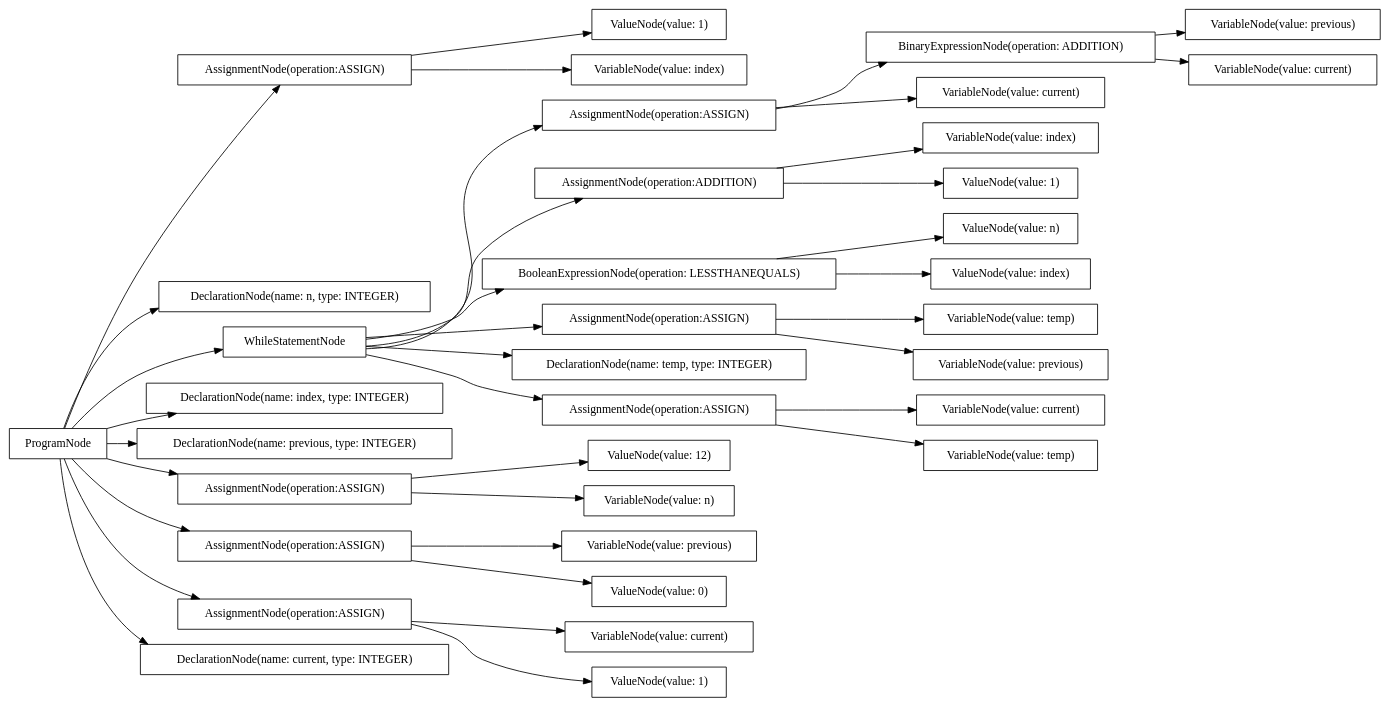
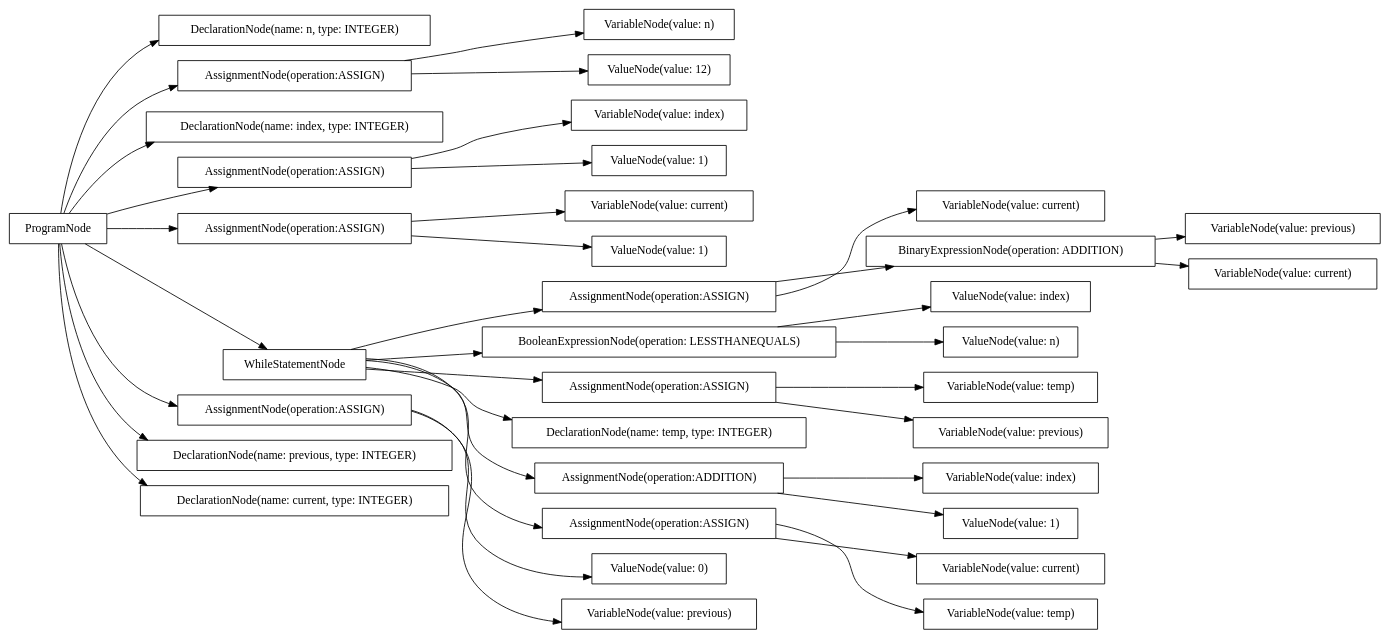
The diagram in src/output/dot/fibonacci.dot (AtLeastITry/ANTLR-Python-Compiler), drawn with Graphviz before and after one commit. The commit also changed 18 other files, not shown here.

```diff
--- a/src/output/dot/fibonacci.dot
+++ b/src/output/dot/fibonacci.dot
@@ -1,74 +1,74 @@
 digraph G {
 rankdir=LR
-"a782045f-8ade-422a-84f0-91fb2b377057" [label="VariableNode(value: previous)" shape="box"];
-"9d80afb1-e9e6-451f-a756-a2f2968d3a22" [label="ValueNode(value: 12)" shape="box"];
-"8976d468-3d97-4fe8-bac7-e51e415173aa" [label="VariableNode(value: temp)" shape="box"];
-"989fcb48-b2a4-4258-a88a-957f0da41b7d" [label="VariableNode(value: index)" shape="box"];
-"9b0aa776-e1fa-4725-b753-873c97c15bc4" [label="AssignmentNode(operation:ASSIGN)" shape="box"];
-"7ec26122-079c-4a84-bb9c-f1de2d9466e4" [label="VariableNode(value: current)" shape="box"];
-"deb787a3-f2da-41b5-8ac9-28fb5d43b041" [label="BinaryExpressionNode(operation: ADDITION)" shape="box"];
-"af267fc0-f258-414d-ae7b-e390f4560203" [label="DeclarationNode(name: n, type: INTEGER)" shape="box"];
-"7dc3403e-1b59-441c-bfde-d8d450ae8e51" [label="WhileStatementNode" shape="box"];
-"9f2d1028-1aaf-4382-94a4-e57ca9ff44c0" [label="DeclarationNode(name: index, type: INTEGER)" shape="box"];
-"deac5ea1-f1db-4ada-8c47-d6ff182c400a" [label="DeclarationNode(name: previous, type: INTEGER)" shape="box"];
-"5f191c44-ed5b-49bc-b8f3-d53be9e7fd01" [label="VariableNode(value: previous)" shape="box"];
-"b34c7212-17ca-4337-bf73-ef418fd881dd" [label="AssignmentNode(operation:ASSIGN)" shape="box"];
-"41b85629-b1bd-4b4b-aab6-442b084e926d" [label="AssignmentNode(operation:ASSIGN)" shape="box"];
-"cf2aa847-4797-4619-a8de-b63b69fa23a6" [label="AssignmentNode(operation:ADDITION)" shape="box"];
-"37e3d938-c433-45c4-90f5-4d5fede14fbc" [label="AssignmentNode(operation:ASSIGN)" shape="box"];
-"4d382f9c-377a-41f3-a895-77bbe71dd802" [label="ValueNode(value: 1)" shape="box"];
-"cf7e003a-d177-4484-a8b8-c8d8e013e498" [label="ValueNode(value: 1)" shape="box"];
-"1303f158-e938-4c2f-aec5-c8e739f0d303" [label="VariableNode(value: current)" shape="box"];
-"eea2bed4-6ee4-4328-9a10-15e11c6d2239" [label="ProgramNode" shape="box"];
-"5de5f4fe-2865-486e-a3a5-67e813aa1f97" [label="BooleanExpressionNode(operation: LESSTHANEQUALS)" shape="box"];
-"5a0e3dab-d669-4fcb-978b-033d4c994ec0" [label="AssignmentNode(operation:ASSIGN)" shape="box"];
-"633334d5-5ae0-4cc9-b192-96011665c0d1" [label="ValueNode(value: n)" shape="box"];
-"35f7bc92-029a-41aa-a35a-845d0c7eb185" [label="AssignmentNode(operation:ASSIGN)" shape="box"];
-"9664b419-d7fc-4084-b02a-edd58a908a46" [label="VariableNode(value: current)" shape="box"];
-"458ebe1b-c84f-4107-9ecc-91ac93732c3c" [label="ValueNode(value: 1)" shape="box"];
-"c1e67bfa-8c0e-4054-8643-24a624443194" [label="VariableNode(value: n)" shape="box"];
-"e77bacca-dc97-4f02-9714-642478c61e25" [label="VariableNode(value: current)" shape="box"];
-"704025a3-7d8e-4f21-9a0e-356e48f89a2d" [label="ValueNode(value: index)" shape="box"];
-"d44343cf-8d1b-486a-b995-dbbe5127bdc8" [label="VariableNode(value: previous)" shape="box"];
-"017b7ae7-3d3e-4eb1-949f-aa1f0f23974a" [label="ValueNode(value: 0)" shape="box"];
-"d3c34f67-fa2a-4b98-983b-41da2cc3d98f" [label="DeclarationNode(name: current, type: INTEGER)" shape="box"];
-"1981b534-12c6-4e62-9f8e-37e8bdda66d1" [label="VariableNode(value: index)" shape="box"];
-"cb898b26-d241-4b2f-bf59-34af32b1d7fa" [label="DeclarationNode(name: temp, type: INTEGER)" shape="box"];
-"3b176ae3-114b-4e5b-a9d5-4e71f2beacc3" [label="AssignmentNode(operation:ASSIGN)" shape="box"];
-"c03fd829-8f87-49ee-bd1e-b95db3862407" [label="VariableNode(value: temp)" shape="box"];
-"eea2bed4-6ee4-4328-9a10-15e11c6d2239" -> "af267fc0-f258-414d-ae7b-e390f4560203";
-"eea2bed4-6ee4-4328-9a10-15e11c6d2239" -> "deac5ea1-f1db-4ada-8c47-d6ff182c400a";
-"eea2bed4-6ee4-4328-9a10-15e11c6d2239" -> "d3c34f67-fa2a-4b98-983b-41da2cc3d98f";
-"eea2bed4-6ee4-4328-9a10-15e11c6d2239" -> "9f2d1028-1aaf-4382-94a4-e57ca9ff44c0";
-"eea2bed4-6ee4-4328-9a10-15e11c6d2239" -> "41b85629-b1bd-4b4b-aab6-442b084e926d";
-"41b85629-b1bd-4b4b-aab6-442b084e926d" -> "c1e67bfa-8c0e-4054-8643-24a624443194";
-"41b85629-b1bd-4b4b-aab6-442b084e926d" -> "9d80afb1-e9e6-451f-a756-a2f2968d3a22";
-"eea2bed4-6ee4-4328-9a10-15e11c6d2239" -> "37e3d938-c433-45c4-90f5-4d5fede14fbc";
-"37e3d938-c433-45c4-90f5-4d5fede14fbc" -> "5f191c44-ed5b-49bc-b8f3-d53be9e7fd01";
-"37e3d938-c433-45c4-90f5-4d5fede14fbc" -> "017b7ae7-3d3e-4eb1-949f-aa1f0f23974a";
-"eea2bed4-6ee4-4328-9a10-15e11c6d2239" -> "5a0e3dab-d669-4fcb-978b-033d4c994ec0";
-"5a0e3dab-d669-4fcb-978b-033d4c994ec0" -> "9664b419-d7fc-4084-b02a-edd58a908a46";
-"5a0e3dab-d669-4fcb-978b-033d4c994ec0" -> "458ebe1b-c84f-4107-9ecc-91ac93732c3c";
-"eea2bed4-6ee4-4328-9a10-15e11c6d2239" -> "9b0aa776-e1fa-4725-b753-873c97c15bc4";
-"9b0aa776-e1fa-4725-b753-873c97c15bc4" -> "1981b534-12c6-4e62-9f8e-37e8bdda66d1";
-"9b0aa776-e1fa-4725-b753-873c97c15bc4" -> "4d382f9c-377a-41f3-a895-77bbe71dd802";
-"eea2bed4-6ee4-4328-9a10-15e11c6d2239" -> "7dc3403e-1b59-441c-bfde-d8d450ae8e51";
-"7dc3403e-1b59-441c-bfde-d8d450ae8e51" -> "5de5f4fe-2865-486e-a3a5-67e813aa1f97";
-"5de5f4fe-2865-486e-a3a5-67e813aa1f97" -> "704025a3-7d8e-4f21-9a0e-356e48f89a2d";
-"5de5f4fe-2865-486e-a3a5-67e813aa1f97" -> "633334d5-5ae0-4cc9-b192-96011665c0d1";
-"7dc3403e-1b59-441c-bfde-d8d450ae8e51" -> "cb898b26-d241-4b2f-bf59-34af32b1d7fa";
-"7dc3403e-1b59-441c-bfde-d8d450ae8e51" -> "3b176ae3-114b-4e5b-a9d5-4e71f2beacc3";
-"3b176ae3-114b-4e5b-a9d5-4e71f2beacc3" -> "c03fd829-8f87-49ee-bd1e-b95db3862407";
-"3b176ae3-114b-4e5b-a9d5-4e71f2beacc3" -> "1303f158-e938-4c2f-aec5-c8e739f0d303";
-"7dc3403e-1b59-441c-bfde-d8d450ae8e51" -> "b34c7212-17ca-4337-bf73-ef418fd881dd";
-"b34c7212-17ca-4337-bf73-ef418fd881dd" -> "e77bacca-dc97-4f02-9714-642478c61e25";
-"b34c7212-17ca-4337-bf73-ef418fd881dd" -> "deb787a3-f2da-41b5-8ac9-28fb5d43b041";
-"deb787a3-f2da-41b5-8ac9-28fb5d43b041" -> "7ec26122-079c-4a84-bb9c-f1de2d9466e4";
-"deb787a3-f2da-41b5-8ac9-28fb5d43b041" -> "a782045f-8ade-422a-84f0-91fb2b377057";
-"7dc3403e-1b59-441c-bfde-d8d450ae8e51" -> "35f7bc92-029a-41aa-a35a-845d0c7eb185";
-"35f7bc92-029a-41aa-a35a-845d0c7eb185" -> "d44343cf-8d1b-486a-b995-dbbe5127bdc8";
-"35f7bc92-029a-41aa-a35a-845d0c7eb185" -> "8976d468-3d97-4fe8-bac7-e51e415173aa";
-"7dc3403e-1b59-441c-bfde-d8d450ae8e51" -> "cf2aa847-4797-4619-a8de-b63b69fa23a6";
-"cf2aa847-4797-4619-a8de-b63b69fa23a6" -> "989fcb48-b2a4-4258-a88a-957f0da41b7d";
-"cf2aa847-4797-4619-a8de-b63b69fa23a6" -> "cf7e003a-d177-4484-a8b8-c8d8e013e498";
+"f2e39981-f69d-4eca-b578-487d6be4f615" [label="DeclarationNode(name: n, type: INTEGER)" shape="box"];
+"b7244cc0-39b5-45ae-a8e9-d210f40f4788" [label="VariableNode(value: index)" shape="box"];
+"81354cde-d159-466c-97f7-82f796c4461e" [label="ValueNode(value: 0)" shape="box"];
+"04382cf0-7ac7-443c-8c2f-bc427b9868c2" [label="ValueNode(value: index)" shape="box"];
+"a21a1077-9fe9-4d00-8135-f6cef438b041" [label="AssignmentNode(operation:ASSIGN)" shape="box"];
+"ca11a3d4-9709-426d-915c-c1c418363bc6" [label="AssignmentNode(operation:ASSIGN)" shape="box"];
+"004b1c55-7f75-442b-9615-68fdad9f25bc" [label="VariableNode(value: current)" shape="box"];
+"31c25d8e-93ac-46b8-a7f2-9eb9f576bb2e" [label="VariableNode(value: temp)" shape="box"];
+"48811333-f878-4713-8cda-7bebf68a7532" [label="VariableNode(value: previous)" shape="box"];
+"3acb30d8-ec54-4618-b3a5-100e2ca0e785" [label="VariableNode(value: n)" shape="box"];
+"6873d2dd-80f9-43c8-91c0-05d8a8c03813" [label="BooleanExpressionNode(operation: LESSTHANEQUALS)" shape="box"];
+"9508199c-9a2a-4fef-bfbc-4c6eb44feb19" [label="ProgramNode" shape="box"];
+"c228a922-a230-4987-8ba6-7c75241cd2e7" [label="VariableNode(value: current)" shape="box"];
+"57e73738-9f6e-4332-a002-756728b52306" [label="VariableNode(value: current)" shape="box"];
+"4c3b980d-22e1-40c9-8154-ba8ab2dcf6cb" [label="ValueNode(value: n)" shape="box"];
+"6204aff9-ea91-4e46-b79d-079d2b34fb06" [label="ValueNode(value: 12)" shape="box"];
+"73e6bcbc-619f-4e66-8615-cab6c6a8c433" [label="DeclarationNode(name: index, type: INTEGER)" shape="box"];
+"622d3cfe-2606-40ab-85fb-cbe60794d297" [label="AssignmentNode(operation:ASSIGN)" shape="box"];
+"ea216569-ac40-4a32-9bbb-888416924976" [label="VariableNode(value: previous)" shape="box"];
+"b34e59fb-dd91-4a6e-838d-469c02fd31c5" [label="VariableNode(value: index)" shape="box"];
+"57bf920f-966d-44fb-b9f9-18891f304382" [label="BinaryExpressionNode(operation: ADDITION)" shape="box"];
+"62d03805-43d7-4eeb-840a-3e5959acdcb3" [label="AssignmentNode(operation:ASSIGN)" shape="box"];
+"667947e6-df62-4868-9c43-5d4d2a6e46d9" [label="VariableNode(value: previous)" shape="box"];
+"3808a996-f85a-4155-8d5e-c3dff4969de8" [label="ValueNode(value: 1)" shape="box"];
+"c7edd05d-d2ef-4624-a186-64b7f0d32276" [label="VariableNode(value: temp)" shape="box"];
+"e0137b40-87c5-4704-a7d0-2de683048fd1" [label="WhileStatementNode" shape="box"];
+"7636c153-93ea-4ce6-814c-17dcfd50bd18" [label="AssignmentNode(operation:ASSIGN)" shape="box"];
+"c760adfa-203b-4d83-b9f2-76a60f759bb0" [label="DeclarationNode(name: temp, type: INTEGER)" shape="box"];
+"993dd588-d54b-4045-8a3e-fc1e2bc1cfae" [label="ValueNode(value: 1)" shape="box"];
+"5879a3c7-8a50-4cad-8206-2f4dae785c06" [label="AssignmentNode(operation:ASSIGN)" shape="box"];
+"ea992748-8258-4393-89f7-795f04f7903d" [label="VariableNode(value: current)" shape="box"];
+"5450d3e3-8efc-46a7-bac6-e8779b908830" [label="AssignmentNode(operation:ADDITION)" shape="box"];
+"93ebad6f-ea91-4b99-b153-055cf33d9fc4" [label="ValueNode(value: 1)" shape="box"];
+"beb307a9-bd2e-4977-95b3-67b0056b7690" [label="DeclarationNode(name: previous, type: INTEGER)" shape="box"];
+"b13abfe4-e2e3-4b0f-9b25-8d6d3aeba06a" [label="AssignmentNode(operation:ASSIGN)" shape="box"];
+"a408d4f4-9c7a-4088-a88c-aa79cc512194" [label="DeclarationNode(name: current, type: INTEGER)" shape="box"];
+"9508199c-9a2a-4fef-bfbc-4c6eb44feb19" -> "f2e39981-f69d-4eca-b578-487d6be4f615";
+"9508199c-9a2a-4fef-bfbc-4c6eb44feb19" -> "beb307a9-bd2e-4977-95b3-67b0056b7690";
+"9508199c-9a2a-4fef-bfbc-4c6eb44feb19" -> "a408d4f4-9c7a-4088-a88c-aa79cc512194";
+"9508199c-9a2a-4fef-bfbc-4c6eb44feb19" -> "73e6bcbc-619f-4e66-8615-cab6c6a8c433";
+"9508199c-9a2a-4fef-bfbc-4c6eb44feb19" -> "a21a1077-9fe9-4d00-8135-f6cef438b041";
+"a21a1077-9fe9-4d00-8135-f6cef438b041" -> "3acb30d8-ec54-4618-b3a5-100e2ca0e785";
+"a21a1077-9fe9-4d00-8135-f6cef438b041" -> "6204aff9-ea91-4e46-b79d-079d2b34fb06";
+"9508199c-9a2a-4fef-bfbc-4c6eb44feb19" -> "5879a3c7-8a50-4cad-8206-2f4dae785c06";
+"5879a3c7-8a50-4cad-8206-2f4dae785c06" -> "ea216569-ac40-4a32-9bbb-888416924976";
+"5879a3c7-8a50-4cad-8206-2f4dae785c06" -> "81354cde-d159-466c-97f7-82f796c4461e";
+"9508199c-9a2a-4fef-bfbc-4c6eb44feb19" -> "62d03805-43d7-4eeb-840a-3e5959acdcb3";
+"62d03805-43d7-4eeb-840a-3e5959acdcb3" -> "004b1c55-7f75-442b-9615-68fdad9f25bc";
+"62d03805-43d7-4eeb-840a-3e5959acdcb3" -> "993dd588-d54b-4045-8a3e-fc1e2bc1cfae";
+"9508199c-9a2a-4fef-bfbc-4c6eb44feb19" -> "622d3cfe-2606-40ab-85fb-cbe60794d297";
+"622d3cfe-2606-40ab-85fb-cbe60794d297" -> "b34e59fb-dd91-4a6e-838d-469c02fd31c5";
+"622d3cfe-2606-40ab-85fb-cbe60794d297" -> "3808a996-f85a-4155-8d5e-c3dff4969de8";
+"9508199c-9a2a-4fef-bfbc-4c6eb44feb19" -> "e0137b40-87c5-4704-a7d0-2de683048fd1";
+"e0137b40-87c5-4704-a7d0-2de683048fd1" -> "6873d2dd-80f9-43c8-91c0-05d8a8c03813";
+"6873d2dd-80f9-43c8-91c0-05d8a8c03813" -> "04382cf0-7ac7-443c-8c2f-bc427b9868c2";
+"6873d2dd-80f9-43c8-91c0-05d8a8c03813" -> "4c3b980d-22e1-40c9-8154-ba8ab2dcf6cb";
+"e0137b40-87c5-4704-a7d0-2de683048fd1" -> "c760adfa-203b-4d83-b9f2-76a60f759bb0";
+"e0137b40-87c5-4704-a7d0-2de683048fd1" -> "b13abfe4-e2e3-4b0f-9b25-8d6d3aeba06a";
+"b13abfe4-e2e3-4b0f-9b25-8d6d3aeba06a" -> "c7edd05d-d2ef-4624-a186-64b7f0d32276";
+"b13abfe4-e2e3-4b0f-9b25-8d6d3aeba06a" -> "c228a922-a230-4987-8ba6-7c75241cd2e7";
+"e0137b40-87c5-4704-a7d0-2de683048fd1" -> "ca11a3d4-9709-426d-915c-c1c418363bc6";
+"ca11a3d4-9709-426d-915c-c1c418363bc6" -> "57e73738-9f6e-4332-a002-756728b52306";
+"ca11a3d4-9709-426d-915c-c1c418363bc6" -> "57bf920f-966d-44fb-b9f9-18891f304382";
+"57bf920f-966d-44fb-b9f9-18891f304382" -> "ea992748-8258-4393-89f7-795f04f7903d";
+"57bf920f-966d-44fb-b9f9-18891f304382" -> "667947e6-df62-4868-9c43-5d4d2a6e46d9";
+"e0137b40-87c5-4704-a7d0-2de683048fd1" -> "7636c153-93ea-4ce6-814c-17dcfd50bd18";
+"7636c153-93ea-4ce6-814c-17dcfd50bd18" -> "48811333-f878-4713-8cda-7bebf68a7532";
+"7636c153-93ea-4ce6-814c-17dcfd50bd18" -> "31c25d8e-93ac-46b8-a7f2-9eb9f576bb2e";
+"e0137b40-87c5-4704-a7d0-2de683048fd1" -> "5450d3e3-8efc-46a7-bac6-e8779b908830";
+"5450d3e3-8efc-46a7-bac6-e8779b908830" -> "b7244cc0-39b5-45ae-a8e9-d210f40f4788";
+"5450d3e3-8efc-46a7-bac6-e8779b908830" -> "93ebad6f-ea91-4b99-b153-055cf33d9fc4";
 }
```
